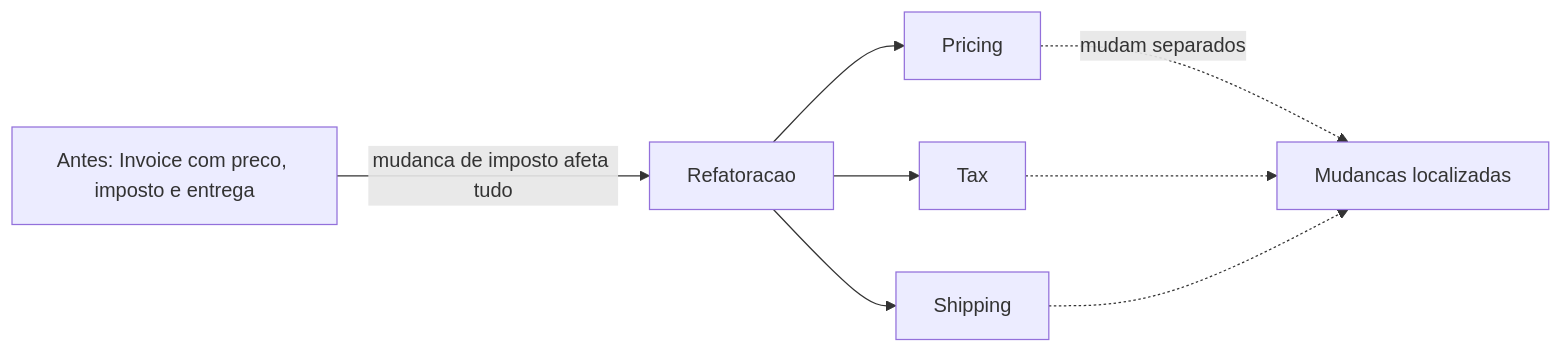
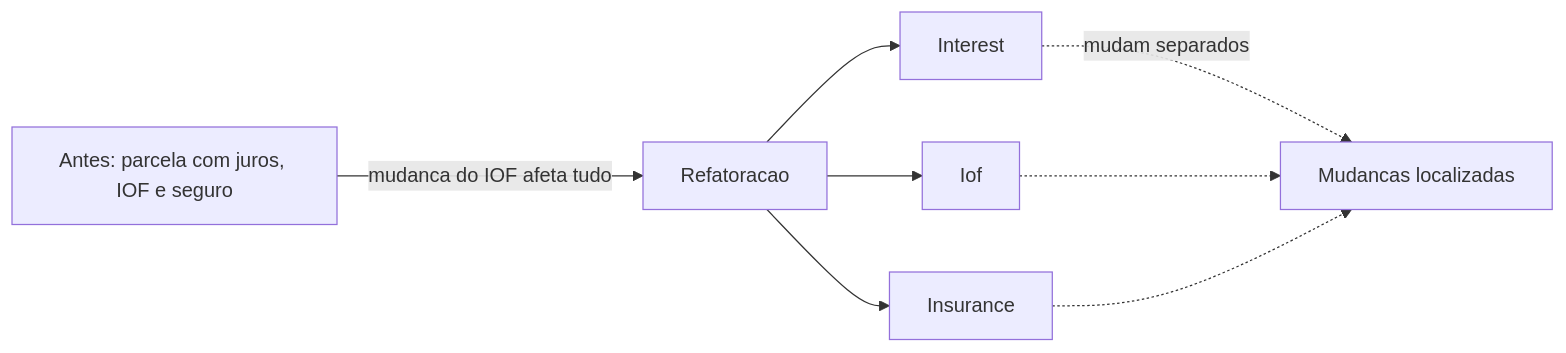
One commit to alancesar/design-patterns changed the diagram in docs/design/ddd/supple-design/conceptual-contours.md. Above: the diagram before and after it, drawn with Mermaid. The commit also changed other lines of this file and 67 other files, not shown here.

First line of the commit message:
Switch DDD examples and diagrams to fintech scenarios

````diff
--- a/docs/design/ddd/supple-design/conceptual-contours.md
+++ b/docs/design/ddd/supple-design/conceptual-contours.md
@@ -54,10 +54,10 @@
 ```mermaid
 flowchart LR
-    A["Antes: Invoice com preco, imposto e entrega"] -->|"mudanca de imposto afeta tudo"| B["Refatoracao"]
-    B --> C["Pricing"]
-    B --> D["Tax"]
-    B --> E["Shipping"]
+    A["Antes: parcela com juros, IOF e seguro"] -->|"mudanca do IOF afeta tudo"| B["Refatoracao"]
+    B --> C["Interest"]
+    B --> D["Iof"]
+    B --> E["Insurance"]
     C -.->|"mudam separados"| F["Mudancas localizadas"]
     D -.-> F
     E -.-> F
 ```
````
